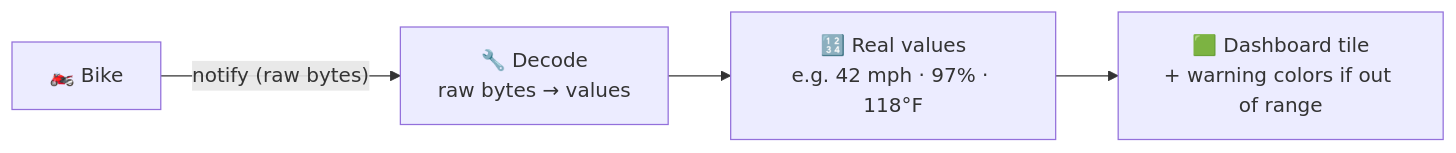
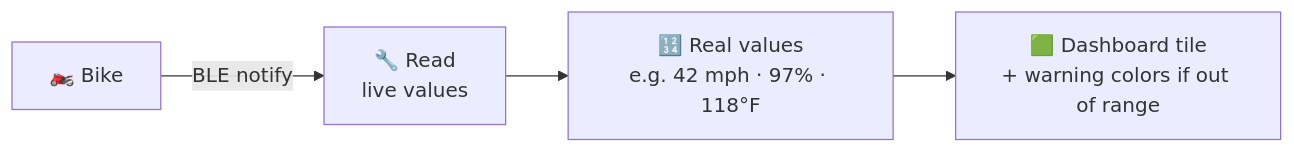
Before and after one commit to Chadware-Garage/WolfPackDash-Docs: the fourth of 10 diagrams in docs/PROCESS_FLOW.md, drawn with Mermaid. The commit also changed other lines of this file and 10 other files, not shown here.

````diff
--- a/docs/PROCESS_FLOW.md
+++ b/docs/PROCESS_FLOW.md
@@ -135,6 +134,6 @@
 ```mermaid
 flowchart LR
-    BIKE["🏍️ Bike"] -->|"notify (raw bytes)"| DEC["🔧 Decode<br/>raw bytes → values"]
+    BIKE["🏍️ Bike"] -->|"BLE notify"| DEC["🔧 Read<br/>live values"]
     DEC --> NUM["🔢 Real values<br/>e.g. 42 mph · 97% · 118°F"]
     NUM --> TILE["🟩 Dashboard tile<br/>+ warning colors if out of range"]
 ```
````
